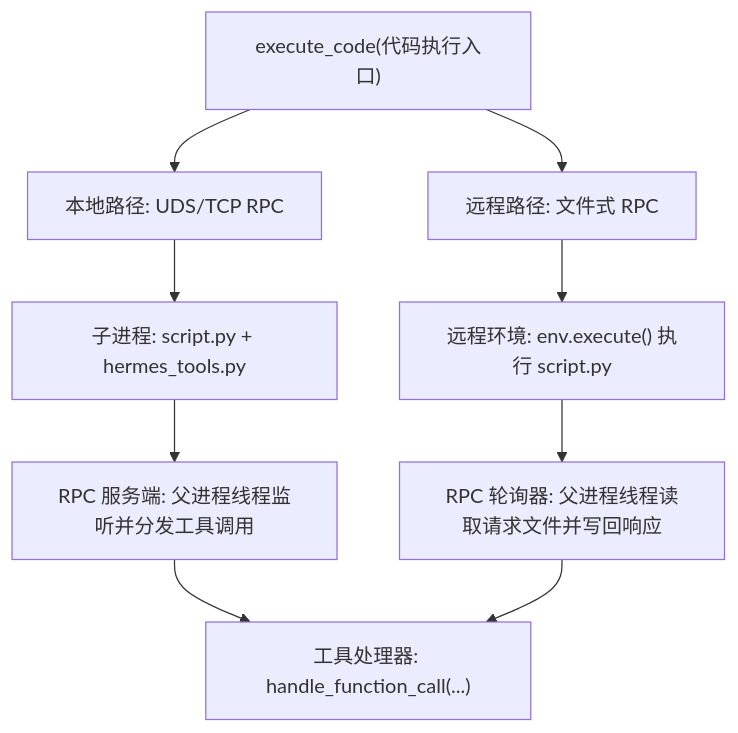
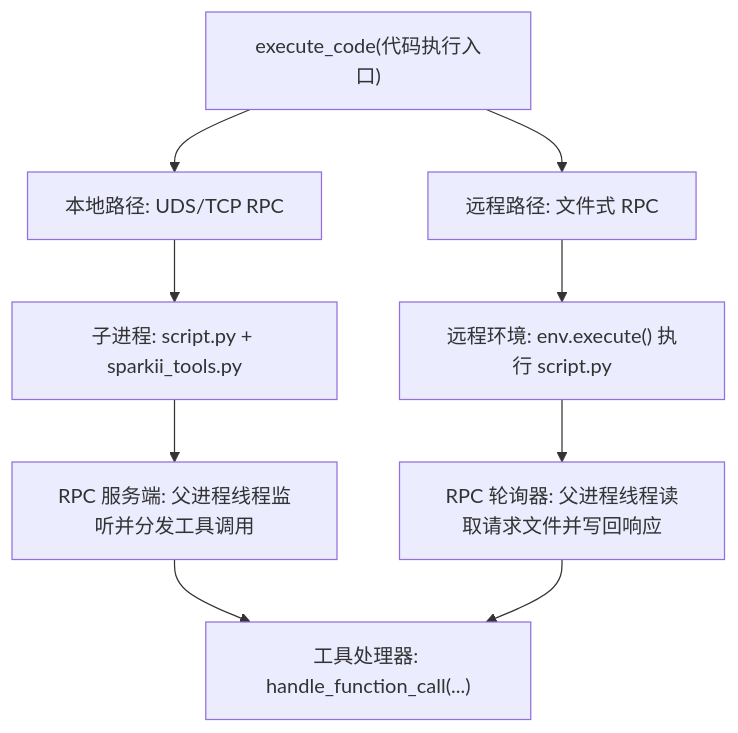
Before and after one commit to YueDJ/SpaikiiDesktop: the first of 7 diagrams in .qoder/repowiki/zh/content/用户指南/桌面应用使用指南/工具使用指南/代码执行工具.md, drawn with Mermaid. The commit also changed other lines of this file and 299 other files, not shown here.

````diff
--- a/.qoder/repowiki/zh/content/用户指南/桌面应用使用指南/工具使用指南/代码执行工具.md
+++ b/.qoder/repowiki/zh/content/用户指南/桌面应用使用指南/工具使用指南/代码执行工具.md
@@ -34,11 +34,11 @@
 ```mermaid
 graph TB
 A["execute_code(代码执行入口)"] --> B["本地路径: UDS/TCP RPC"]
 A --> C["远程路径: 文件式 RPC"]
-B --> D["子进程: script.py + hermes_tools.py"]
+B --> D["子进程: script.py + sparkii_tools.py"]
 C --> E["远程环境: env.execute() 执行 script.py"]
 D --> F["RPC 服务端: 父进程线程监听并分发工具调用"]
 E --> G["RPC 轮询器: 父进程线程读取请求文件并写回响应"]
 F --> H["工具处理器: handle_function_call(...)"]
 G --> H
 ```
````
